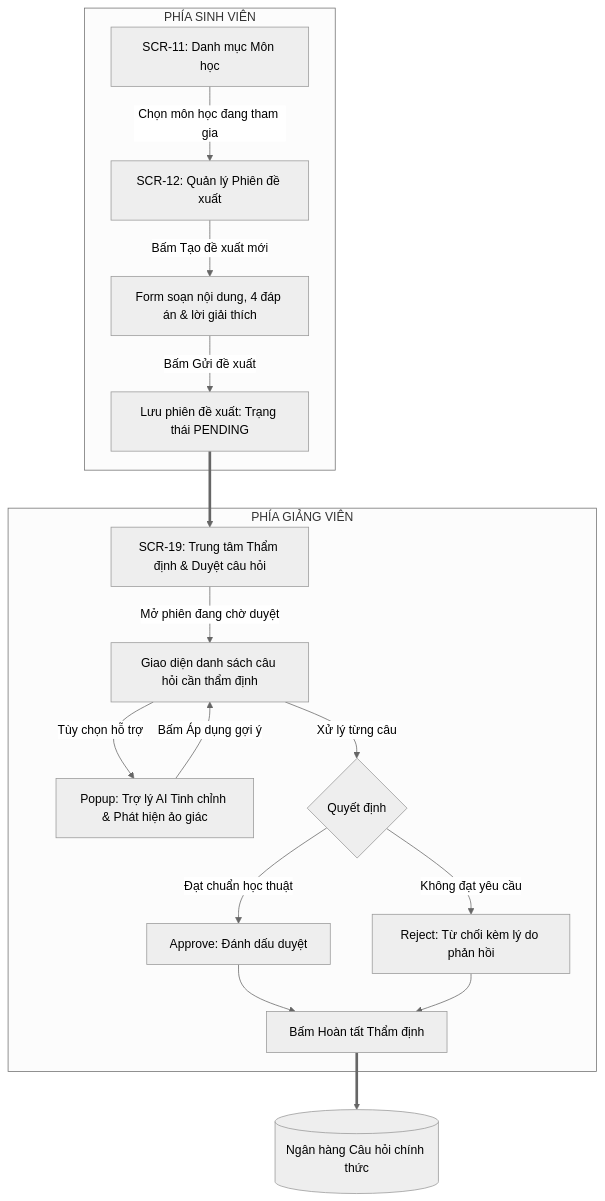
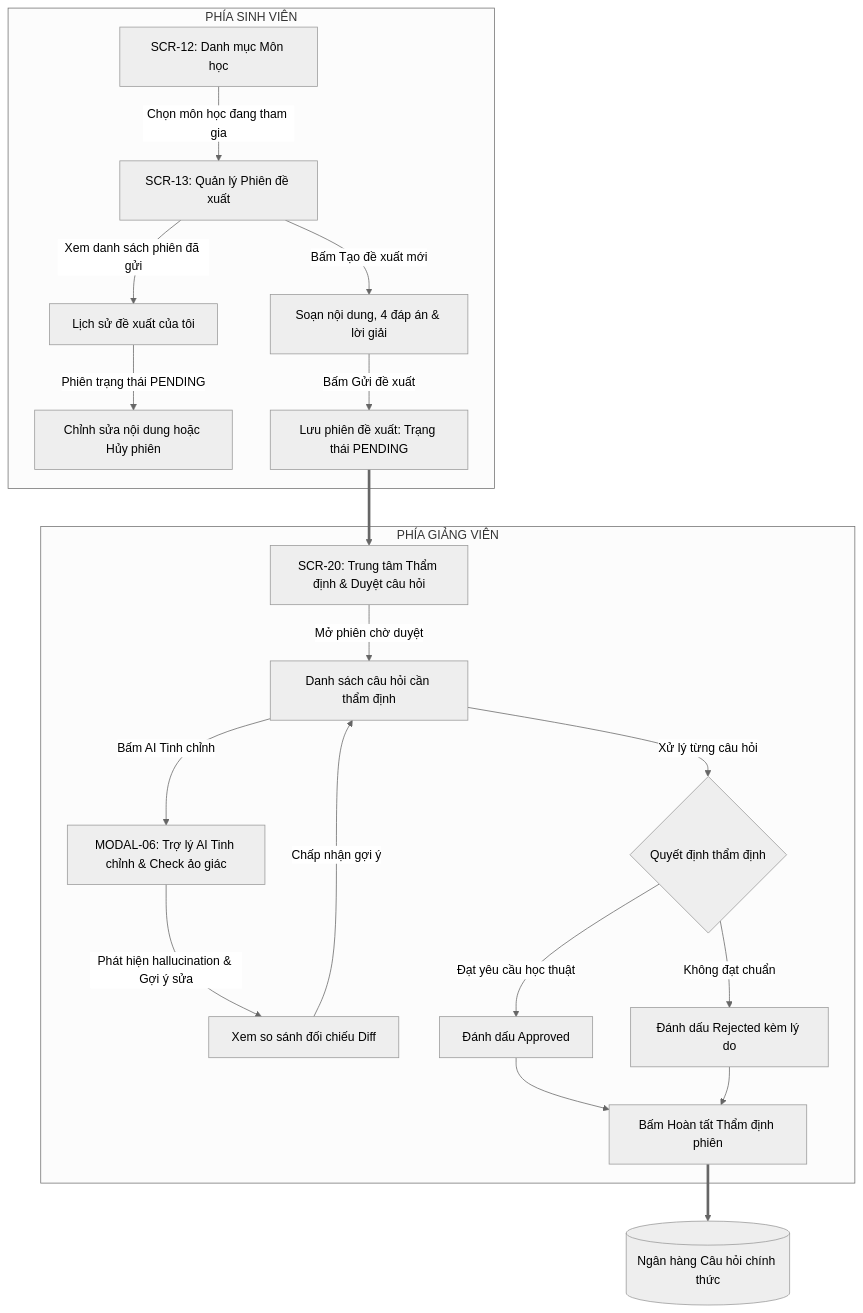
Before and after one commit to lethanhan01/Social-network-for-student-Generated-Question-Bank: the fourth of 6 diagrams in t_i_li_u_to_n_di_n_s_lu_ng_m_n_h_nh_mermaid_code.md, drawn with Mermaid (neutral theme). The commit also changed other lines of this file, not shown here.

````diff
--- a/t_i_li_u_to_n_di_n_s_lu_ng_m_n_h_nh_mermaid_code.md
+++ b/t_i_li_u_to_n_di_n_s_lu_ng_m_n_h_nh_mermaid_code.md
@@ -206,28 +248,30 @@
 ```mermaid
 flowchart TD
     %% Nhánh Sinh viên
-    subgraph Sinh_Vien [PHÍA SINH VIÊN]
-        SCR11[SCR-11: Danh mục Môn học] -->|Chọn môn học đang tham gia| SCR12[SCR-12: Quản lý Phiên đề xuất]
-        SCR12 -->|Bấm Tạo đề xuất mới| FORM_PROPOSE[Form soạn nội dung, 4 đáp án & lời giải thích]
-        FORM_PROPOSE -->|Bấm Gửi đề xuất| SEND_SESSION[Lưu phiên đề xuất: Trạng thái PENDING]
+    subgraph Sinh_Vien ["PHÍA SINH VIÊN"]
+        SCR12["SCR-12: Danh mục Môn học"] -->|"Chọn môn học đang tham gia"| SCR13["SCR-13: Quản lý Phiên đề xuất"]
+        SCR13 -->|"Xem danh sách phiên đã gửi"| MY_SUBS["Lịch sử đề xuất của tôi"]
+        MY_SUBS -->|"Phiên trạng thái PENDING"| EDIT_SUB["Chỉnh sửa nội dung hoặc Hủy phiên"]
+        SCR13 -->|"Bấm Tạo đề xuất mới"| FORM_PROP["Soạn nội dung, 4 đáp án & lời giải"]
+        FORM_PROP -->|"Bấm Gửi đề xuất"| SEND_PROP["Lưu phiên đề xuất: Trạng thái PENDING"]
     end
 
-    SEND_SESSION ==> SCR19
+    SEND_PROP ==> SCR20
 
     %% Nhánh Giảng viên
-    subgraph Giang_Vien [PHÍA GIẢNG VIÊN]
-        SCR19[SCR-19: Trung tâm Thẩm định & Duyệt câu hỏi] -->|Mở phiên đang chờ duyệt| REVIEW_DETAIL[Giao diện danh sách câu hỏi cần thẩm định]
+    subgraph Giang_Vien ["PHÍA GIẢNG VIÊN"]
+        SCR20["SCR-20: Trung tâm Thẩm định & Duyệt câu hỏi"] -->|"Mở phiên chờ duyệt"| REV_LIST["Danh sách câu hỏi cần thẩm định"]
         
-        REVIEW_DETAIL -->|Tùy chọn hỗ trợ| AI_REFINE[Popup: Trợ lý AI Tinh chỉnh & Phát hiện ảo giác]
-        AI_REFINE -->|Bấm Áp dụng gợi ý| REVIEW_DETAIL
+        REV_LIST -->|"Bấm AI Tinh chỉnh"| MODAL06["MODAL-06: Trợ lý AI Tinh chỉnh & Check ảo giác"]
+        MODAL06 -->|"Phát hiện hallucination & Gợi ý sửa"| DIFF_VIEW["Xem so sánh đối chiếu Diff"]
+        DIFF_VIEW -->|"Chấp nhận gợi ý"| REV_LIST
         
-        REVIEW_DETAIL -->|Xử lý từng câu| ACTION{Quyết định}
-        ACTION -->|Đạt chuẩn học thuật| APPROVE[Approve: Đánh dấu duyệt]
-        ACTION -->|Không đạt yêu cầu| REJECT[Reject: Từ chối kèm lý do phản hồi]
+        REV_LIST -->|"Xử lý từng câu hỏi"| DECISION{"Quyết định thẩm định"}
+        DECISION -->|"Đạt yêu cầu học thuật"| APP["Đánh dấu Approved"]
+        DECISION -->|"Không đạt chuẩn"| REJ["Đánh dấu Rejected kèm lý do"]
         
-        APPROVE --> COMPLETE_BTN[Bấm Hoàn tất Thẩm định]
-        REJECT --> COMPLETE_BTN
+        APP & REJ --> COMPLETE_REV["Bấm Hoàn tất Thẩm định phiên"]
     end
 
-    COMPLETE_BTN ==> BANK[(Ngân hàng Câu hỏi chính thức)]
+    COMPLETE_REV ==> BANK[("Ngân hàng Câu hỏi chính thức")]
 ```
````
